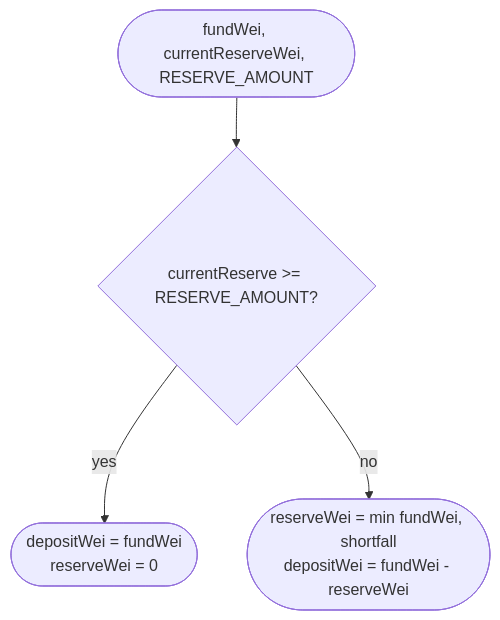
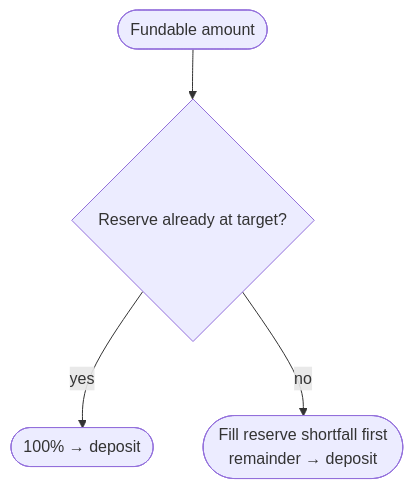
The fifth of 5 diagrams in docs/turnkey-ticket-funding.md (pymthouse/pymthouse), drawn with Mermaid before and after one commit. The commit also changed other lines of this file and 1 other file, not shown here.

First line of the commit message:
docs: raise Turnkey funding doc to architectural level

````diff
--- a/docs/turnkey-ticket-funding.md
+++ b/docs/turnkey-ticket-funding.md
@@ -224,6 +136,6 @@
 ```mermaid
 flowchart TD
-  Start([fundWei, currentReserveWei, RESERVE_AMOUNT]) --> Full{currentReserve >= RESERVE_AMOUNT?}
-  Full -->|yes| AllDep([depositWei = fundWei<br/>reserveWei = 0])
-  Full -->|no| Split([reserveWei = min fundWei, shortfall<br/>depositWei = fundWei - reserveWei])
+  Start([Fundable amount]) --> Full{Reserve already at target?}
+  Full -->|yes| AllDep([100% → deposit])
+  Full -->|no| Split([Fill reserve shortfall first<br/>remainder → deposit])
 ```
````
